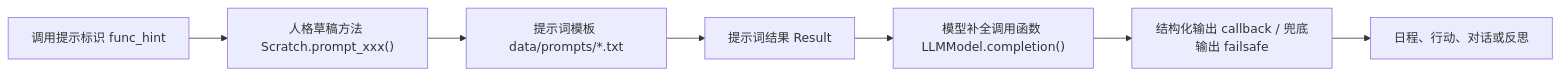
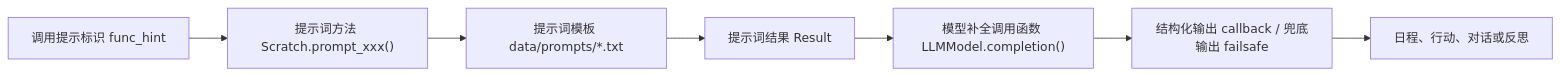
One commit to tbkken/GenerativeAgentsCN changed diagram 13 of 15 in docs/book/manuscript/part_03/chapter_15.md. Above: the diagram before and after it, drawn with Mermaid. The commit also changed other lines of this file and 51 other files, not shown here.

````diff
--- a/docs/book/manuscript/part_03/chapter_15.md
+++ b/docs/book/manuscript/part_03/chapter_15.md
@@ -763,9 +763,9 @@
 ```mermaid
 flowchart LR
-    Hint["调用提示标识 func_hint"] --> Method["人格草稿方法 Scratch.prompt_xxx()"]
+    Hint["调用提示标识 func_hint"] --> Method["提示词方法 Scratch.prompt_xxx()"]
     Method --> Template["提示词模板 data/prompts/*.txt"]
     Template --> Result["提示词结果 Result"]
     Result --> Model["模型补全调用函数 LLMModel.completion()"]
     Model --> Parsed["结构化输出 callback / 兜底输出 failsafe"]
     Parsed --> Behavior["日程、行动、对话或反思"]
 ```
````
